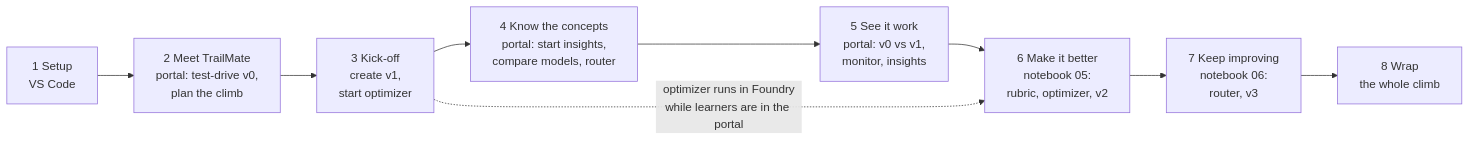
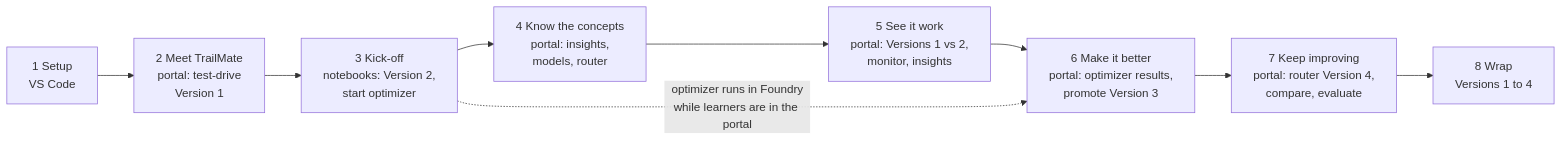
One commit to AndreaRizzi/ingnite26-LAB663 changed the diagram in instructions/skillable/README.md. Above: the diagram before and after it, drawn with Mermaid. The commit also changed other lines of this file and 32 other files, not shown here.

First line of the commit message:
Move the core ending to the portal and name agent versions 1-4

````diff
--- a/instructions/skillable/README.md
+++ b/instructions/skillable/README.md
@@ -13,11 +13,11 @@
 ```mermaid
 flowchart LR
-    S["1 Setup<br/>VS Code"] --> M["2 Meet TrailMate<br/>portal: test-drive v0,<br/>plan the climb"]
-    M --> K["3 Kick-off<br/>create v1,<br/>start optimizer"]
-    K --> C["4 Know the concepts<br/>portal: start insights,<br/>compare models, router"]
-    C --> W["5 See it work<br/>portal: v0 vs v1,<br/>monitor, insights"]
-    W --> B["6 Make it better<br/>notebook 05:<br/>rubric, optimizer, v2"]
-    B --> I["7 Keep improving<br/>notebook 06:<br/>router, v3"]
-    I --> R["8 Wrap<br/>the whole climb"]
+    S["1 Setup<br/>VS Code"] --> M["2 Meet TrailMate<br/>portal: test-drive<br/>Version 1"]
+    M --> K["3 Kick-off<br/>notebooks: Version 2,<br/>start optimizer"]
+    K --> C["4 Know the concepts<br/>portal: insights,<br/>models, router"]
+    C --> W["5 See it work<br/>portal: Versions 1 vs 2,<br/>monitor, insights"]
+    W --> B["6 Make it better<br/>portal: optimizer results,<br/>promote Version 3"]
+    B --> I["7 Keep improving<br/>portal: router Version 4,<br/>compare, evaluate"]
+    I --> R["8 Wrap<br/>Versions 1 to 4"]
     K -. "optimizer runs in Foundry<br/>while learners are in the portal" .-> B
 ```
````
